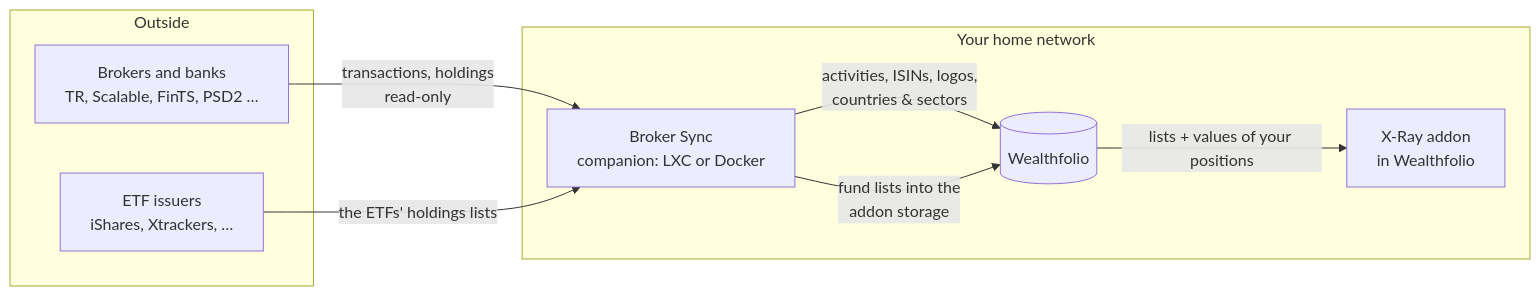
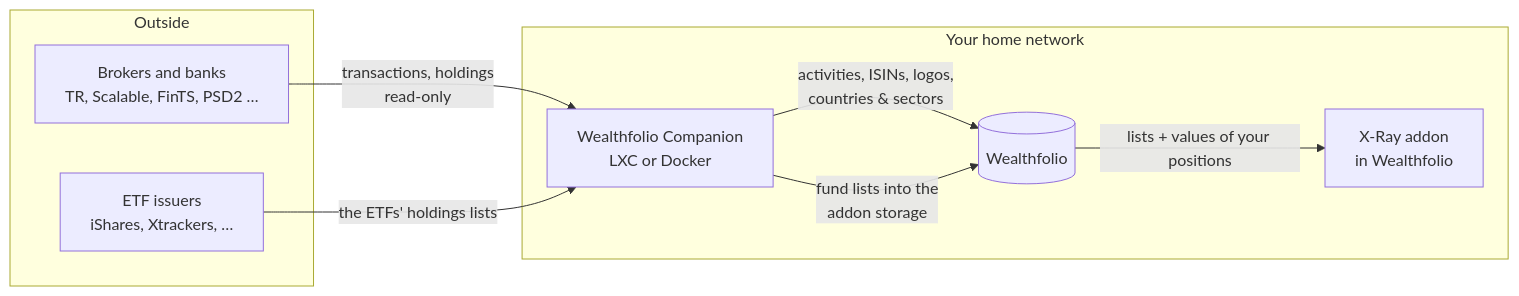
Before and after one commit to waldonso2/Wealthfolio-broker-sync-service: the diagram in README.md, drawn with Mermaid. The commit also changed other lines of this file and 85 other files, not shown here.

First line of the commit message:
Wealthfolio Companion 0.1.0a1 (alpha): the rename, starting over (#160)

````diff
--- a/README.md
+++ b/README.md
@@ -32,17 +34,17 @@
 ```mermaid
 flowchart LR
   subgraph outside[Outside]
     B[Brokers and banks<br/>TR, Scalable, FinTS, PSD2 …]
     A[ETF issuers<br/>iShares, Xtrackers, …]
   end
   subgraph home[Your home network]
-    C[Broker Sync<br/>companion: LXC or Docker]
+    C[Wealthfolio Companion<br/>LXC or Docker]
     W[(Wealthfolio)]
     X[X-Ray addon<br/>in Wealthfolio]
   end
   B -->|transactions, holdings<br/>read-only| C
   A -->|the ETFs' holdings lists| C
   C -->|activities, ISINs, logos,<br/>countries & sectors| W
   C -->|fund lists into the<br/>addon storage| W
   W -->|lists + values of your positions| X
 ```
````
